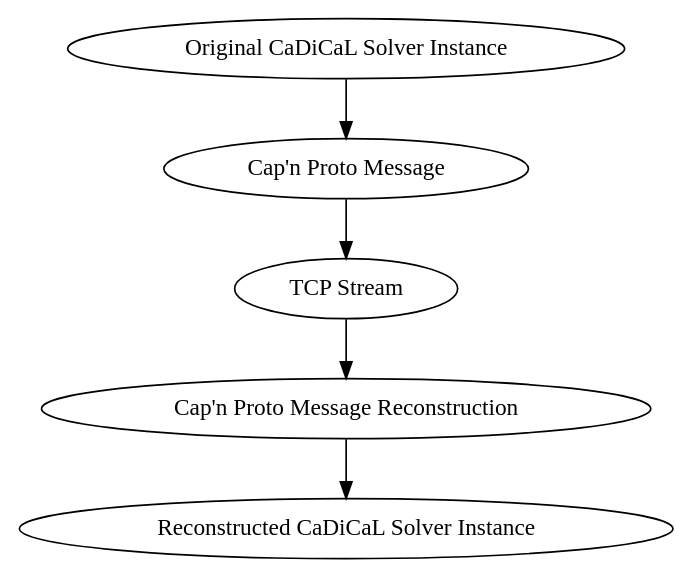
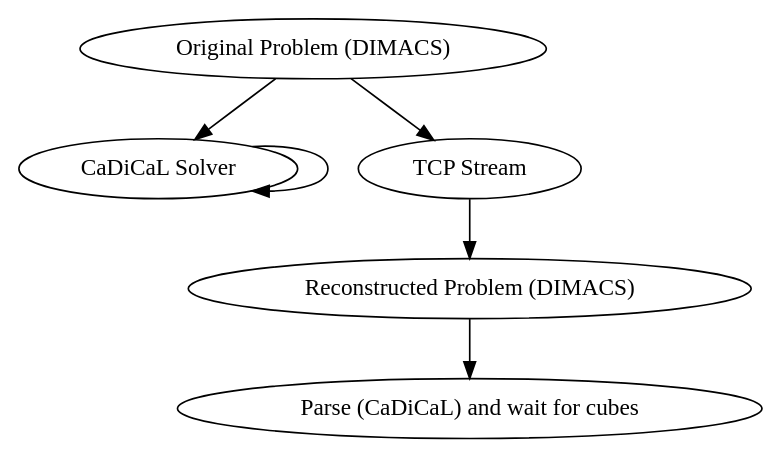
The diagram in paracuber/doc/dot/solver-network-flow.dot (maximaximal/Paracooba), drawn with Graphviz before and after one commit. The commit also changed 7 other files, not shown here.

```diff
--- a/paracuber/doc/dot/solver-network-flow.dot
+++ b/paracuber/doc/dot/solver-network-flow.dot
@@ -1,6 +1,7 @@
 digraph {
-    "Original CaDiCaL Solver Instance" -> "Cap'n Proto Message";
-    "Cap'n Proto Message" -> "TCP Stream";
-    "TCP Stream" -> "Cap'n Proto Message Reconstruction";
-    "Cap'n Proto Message Reconstruction" -> "Reconstructed CaDiCaL Solver Instance";
+  "Original Problem (DIMACS)" -> "CaDiCaL Solver";
+  "CaDiCaL Solver" -> "CaDiCaL Solver";
+  "Original Problem (DIMACS)" -> "TCP Stream";
+  "TCP Stream" -> "Reconstructed Problem (DIMACS)";
+  "Reconstructed Problem (DIMACS)" -> "Parse (CaDiCaL) and wait for cubes";
 }
```
